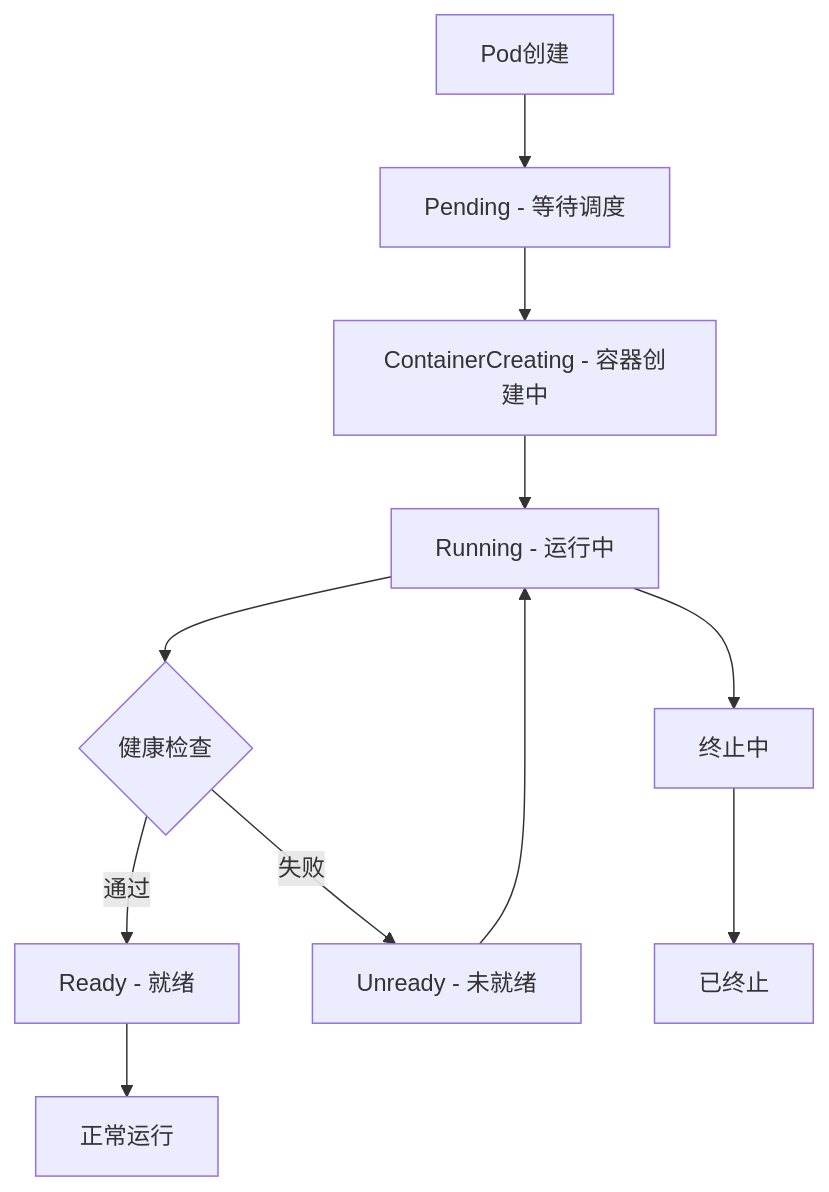
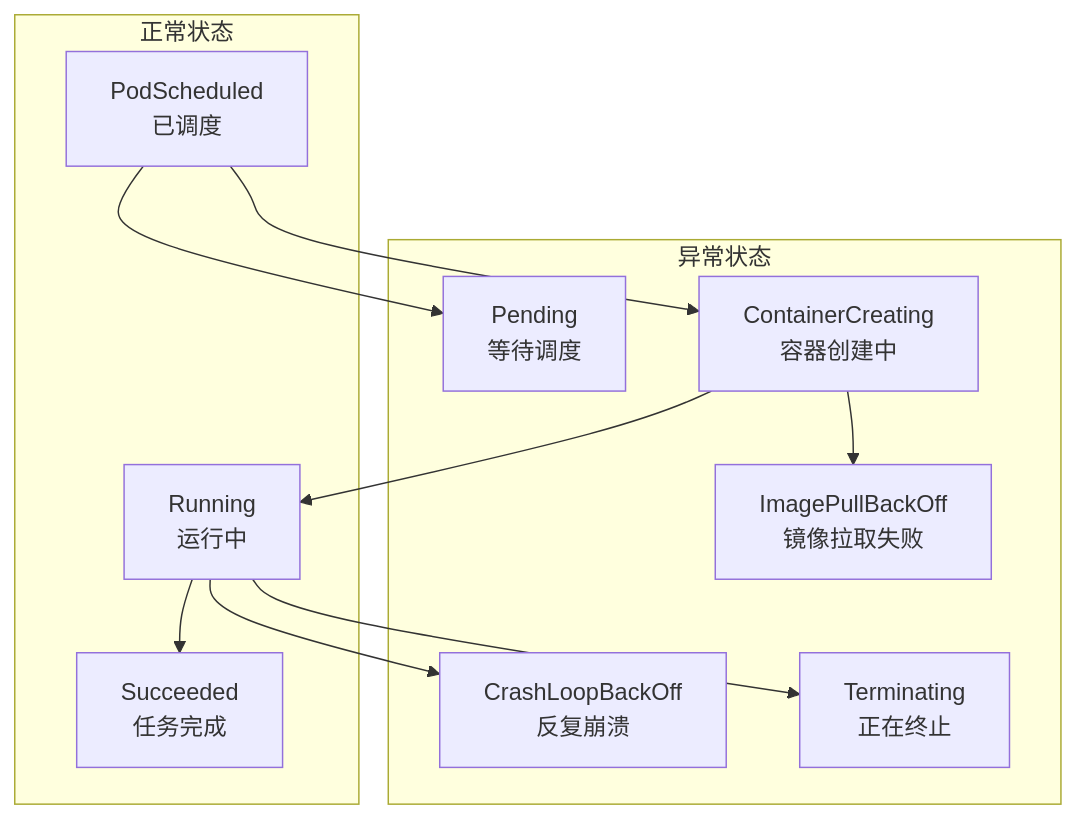
Before and after one commit to ClockWingSoar/soveranzhong.github.io: the first of 2 diagrams in _posts/2026-05-09-kubernetes-pod-troubleshooting.md, drawn with Mermaid. The commit also changed other lines of this file and 20 other files, not shown here.

````diff
--- a/_posts/2026-05-09-kubernetes-pod-troubleshooting.md
+++ b/_posts/2026-05-09-kubernetes-pod-troubleshooting.md
@@ -44,13 +43,24 @@
 ```mermaid
-flowchart TD
-    A[Pod创建] --> B[Pending - 等待调度]
-    B --> C[ContainerCreating - 容器创建中]
-    C --> D[Running - 运行中]
-    D --> E{健康检查}
-    E -->|通过| F[Ready - 就绪]
-    E -->|失败| G[Unready - 未就绪]
-    F --> H[正常运行]
-    G --> D
-    D --> I[终止中]
-    I --> J[已终止]
+graph TB
+    subgraph 正常状态
+        R[Running<br/>运行中]
+        S[Succeeded<br/>任务完成]
+        P[PodScheduled<br/>已调度]
+    end
+    
+    subgraph 异常状态
+        C[CrashLoopBackOff<br/>反复崩溃]
+        I[ImagePullBackOff<br/>镜像拉取失败]
+        PEND[Pending<br/>等待调度]
+        CON[ContainerCreating<br/>容器创建中]
+        T[Terminating<br/>正在终止]
+    end
+    
+    P --> CON
+    CON --> R
+    R --> S
+    R --> C
+    P --> PEND
+    CON --> I
+    R --> T
 ```
````
